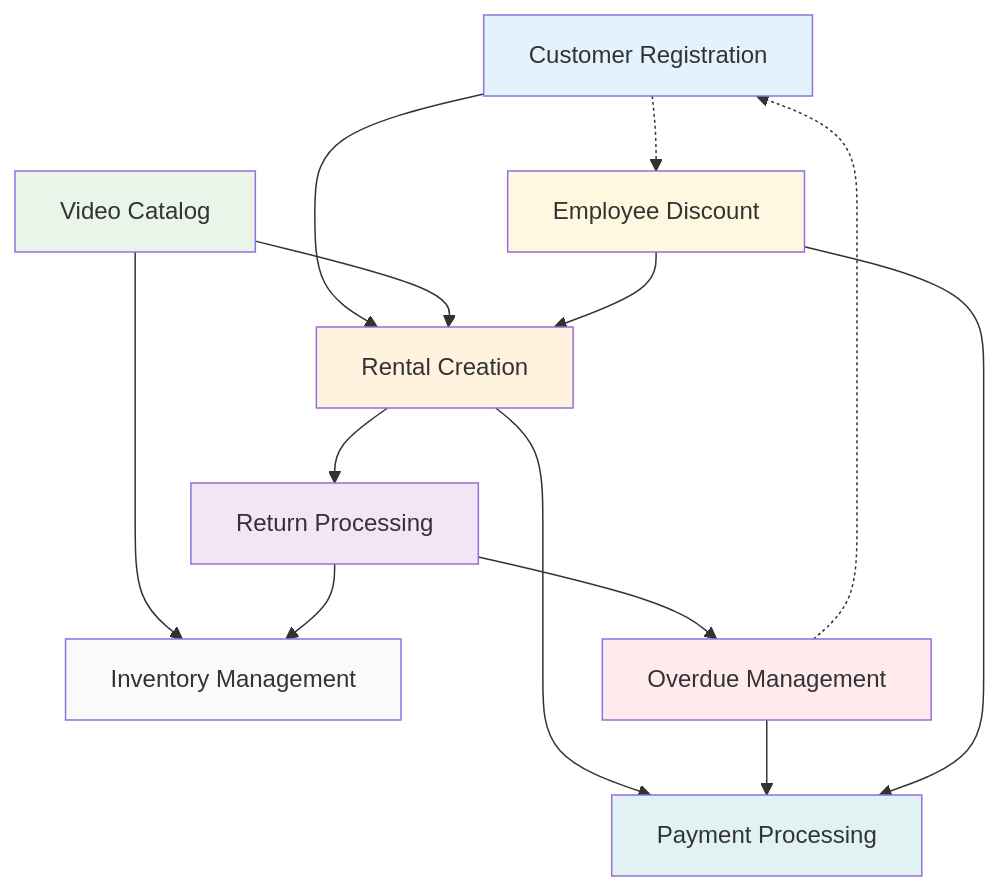
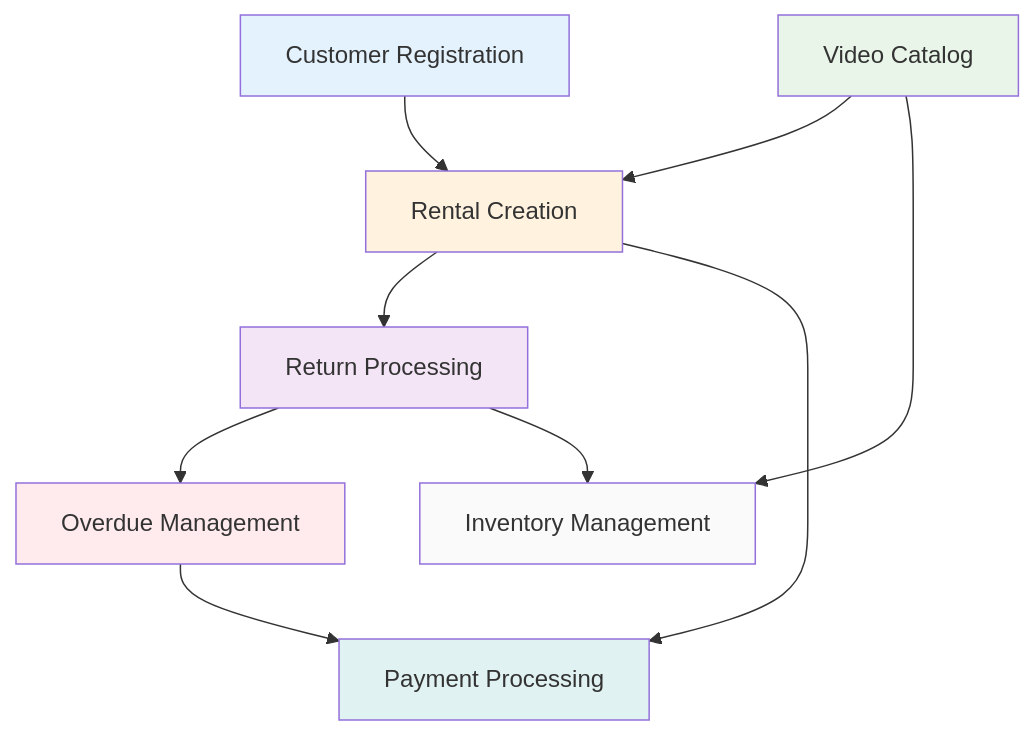
The diagram in diagrams/workflows/README.md (tiberius-s/video-rental-demo), drawn with Mermaid before and after one commit. The commit also changed other lines of this file and 21 other files, not shown here.

````diff
--- a/diagrams/workflows/README.md
+++ b/diagrams/workflows/README.md
@@ -34,24 +42,19 @@
 ```mermaid
 graph TD
     A[Customer Registration] --> C[Rental Creation]
     B[Video Catalog] --> C
     B --> G[Inventory Management]
     C --> D[Return Processing]
     C --> F[Payment Processing]
     D --> E[Overdue Management]
     D --> G
     E --> F
-    H[Employee Discount] --> C
-    H --> F
-    A -.-> H
-    E -.-> A
 
     style A fill:#e3f2fd
     style B fill:#e8f5e8
     style C fill:#fff3e0
     style D fill:#f3e5f5
     style E fill:#ffebee
     style F fill:#e0f2f1
     style G fill:#fafafa
-    style H fill:#fff8e1
 ```
````
